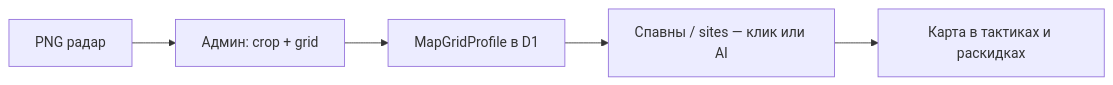
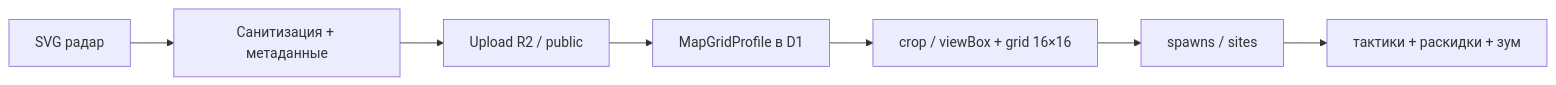
The diagram in TACTICS_MAP_GRID.md (shamilramasanov/cs_utility), drawn with Mermaid before and after one commit. The commit also changed other lines of this file and 1 other file, not shown here.

Commit message:
docs: админка тактик, custom/preset и дорожная карта AI-live

````diff
--- a/TACTICS_MAP_GRID.md
+++ b/TACTICS_MAP_GRID.md
@@ -147,7 +175,9 @@
 ```mermaid
 flowchart LR
-  A[PNG радар] --> B[Админ: crop + grid]
-  B --> C[MapGridProfile в D1]
-  C --> D[Спавны / sites — клик или AI]
-  D --> E[Карта в тактиках и раскидках]
+  A[SVG радар] --> B[Санитизация + метаданные]
+  B --> C[Upload R2 / public]
+  C --> D[MapGridProfile в D1]
+  D --> E[crop / viewBox + grid 16×16]
+  E --> F[spawns / sites]
+  F --> G[тактики + раскидки + зум]
 ```
````
